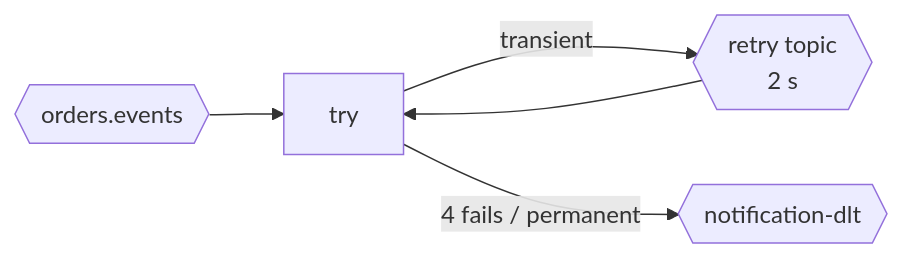
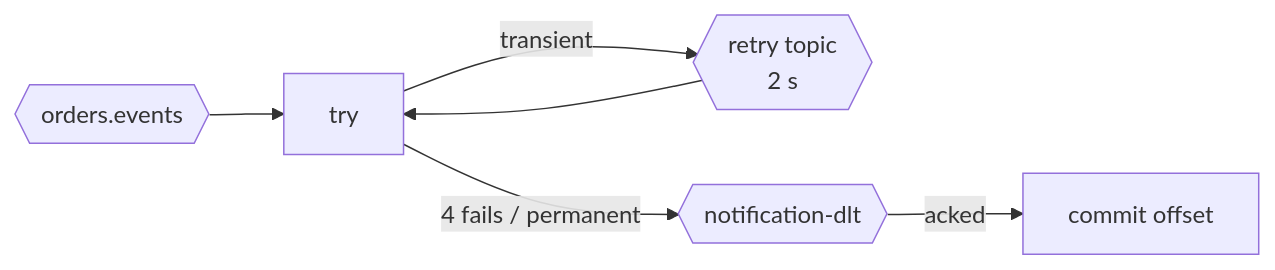
Before and after one commit to BayechouAbdelhadi/kafka-java-demo: diagram 14 of 22 in README.md, drawn with Mermaid. The commit also changed other lines of this file and 4 other files, not shown here.

````diff
--- a/README.md
+++ b/README.md
@@ -288,6 +288,6 @@
 ```mermaid
 flowchart LR
     M{{orders.events}} --> L[try]
     L -- transient --> R{{retry topic<br/>2 s}} --> L
-    L -- "4 fails / permanent" --> DLT{{notification-dlt}}
+    L -- "4 fails / permanent" --> DLT{{notification-dlt}} -- acked --> C[commit offset]
 ```
````
